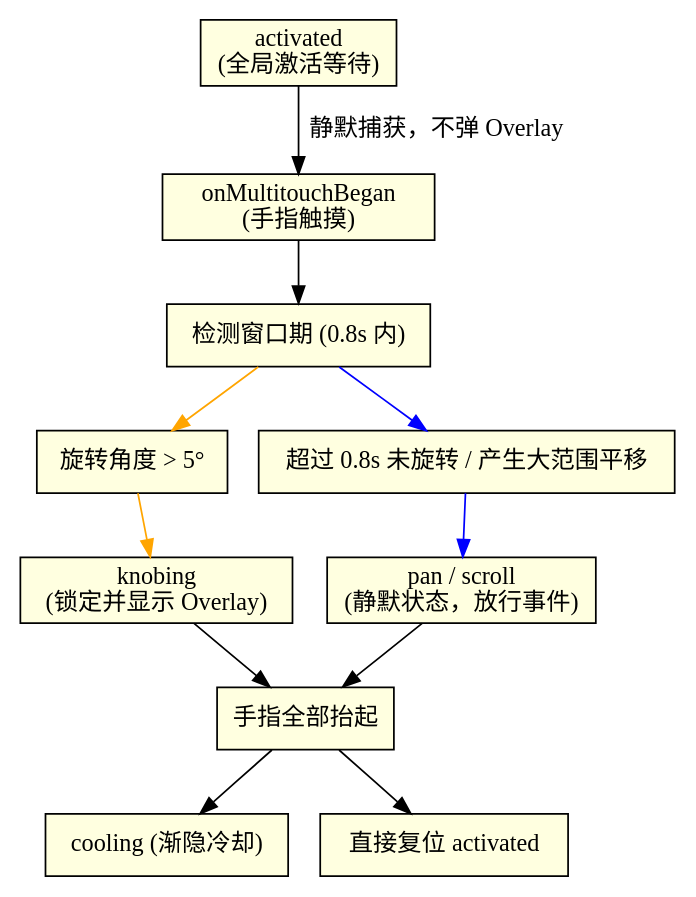
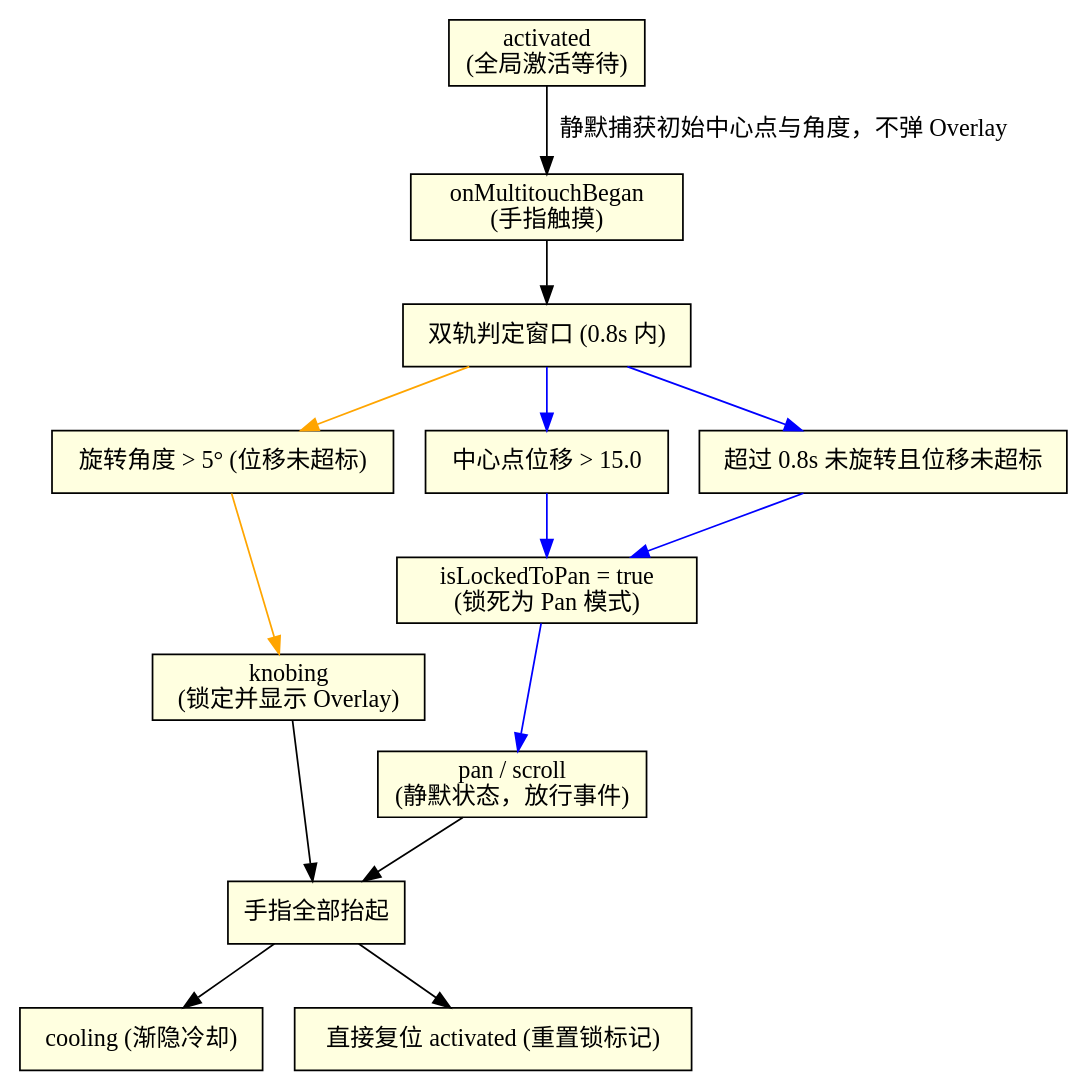
The diagram in docs/superpowers/specs/2026-06-02-deferred-knob-gesture-activation-design.md (benwu232/PhantomKnob), drawn with Graphviz before and after one commit. The commit also changed other lines of this file, not shown here.

````diff
--- a/docs/superpowers/specs/2026-06-02-deferred-knob-gesture-activation-design.md
+++ b/docs/superpowers/specs/2026-06-02-deferred-knob-gesture-activation-design.md
@@ -20,16 +23,21 @@
 ```dot
 digraph gesture_state {
     node [shape=box, style=filled, fillcolor=lightyellow];
-    "activated\n(全局激活等待)" -> "onMultitouchBegan\n(手指触摸)" [label="静默捕获，不弹 Overlay"];
-    "onMultitouchBegan\n(手指触摸)" -> "检测窗口期 (0.8s 内)";
+    "activated\n(全局激活等待)" -> "onMultitouchBegan\n(手指触摸)" [label="静默捕获初始中心点与角度，不弹 Overlay"];
+    "onMultitouchBegan\n(手指触摸)" -> "双轨判定窗口 (0.8s 内)";
     
-    "检测窗口期 (0.8s 内)" -> "旋转角度 > 5°" [color=orange];
-    "旋转角度 > 5°" -> "knobing\n(锁定并显示 Overlay)" [color=orange];
+    "双轨判定窗口 (0.8s 内)" -> "旋转角度 > 5° (位移未超标)" [color=orange];
+    "旋转角度 > 5° (位移未超标)" -> "knobing\n(锁定并显示 Overlay)" [color=orange];
     
-    "检测窗口期 (0.8s 内)" -> "超过 0.8s 未旋转 / 产生大范围平移" [color=blue];
-    "超过 0.8s 未旋转 / 产生大范围平移" -> "pan / scroll\n(静默状态，放行事件)" [color=blue];
+    "双轨判定窗口 (0.8s 内)" -> "中心点位移 > 15.0" [color=blue];
+    "中心点位移 > 15.0" -> "isLockedToPan = true\n(锁死为 Pan 模式)" [color=blue];
+    
+    "双轨判定窗口 (0.8s 内)" -> "超过 0.8s 未旋转且位移未超标" [color=blue];
+    "超过 0.8s 未旋转且位移未超标" -> "isLockedToPan = true\n(锁死为 Pan 模式)" [color=blue];
+
+    "isLockedToPan = true\n(锁死为 Pan 模式)" -> "pan / scroll\n(静默状态，放行事件)" [color=blue];
     
     "knobing\n(锁定并显示 Overlay)" -> "手指全部抬起" -> "cooling (渐隐冷却)";
-    "pan / scroll\n(静默状态，放行事件)" -> "手指全部抬起" -> "直接复位 activated";
+    "pan / scroll\n(静默状态，放行事件)" -> "手指全部抬起" -> "直接复位 activated (重置锁标记)";
 }
 ```
````
